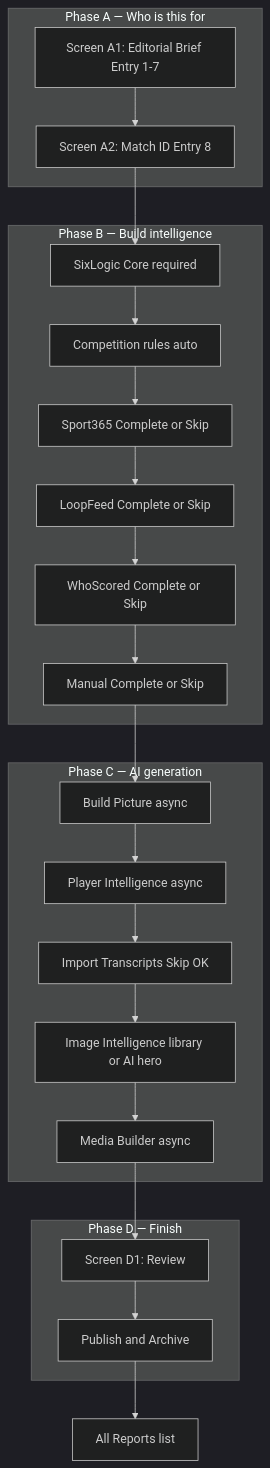
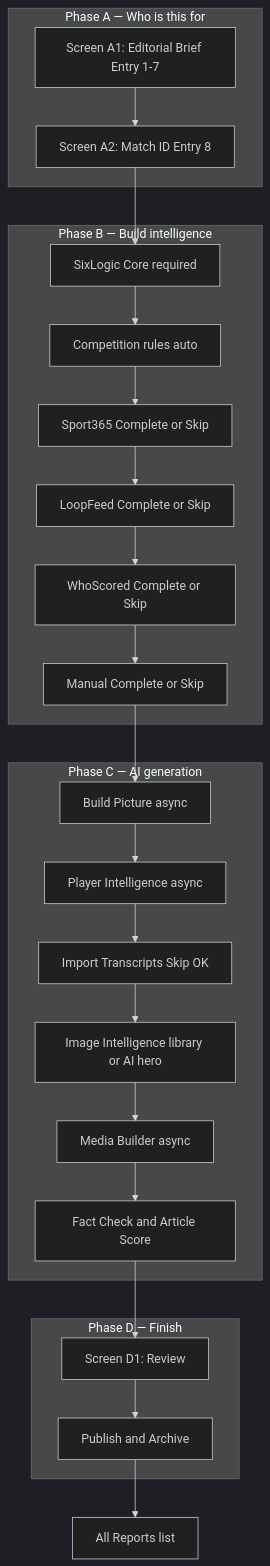
The diagram in docs/match-report-builder-rd-plan.md (BJarrett365/racing365-social), drawn with Mermaid (dark theme) before and after one commit. The commit also changed other lines of this file and 135 other files, not shown here.

````diff
--- a/docs/match-report-builder-rd-plan.md
+++ b/docs/match-report-builder-rd-plan.md
@@ -29,29 +31,30 @@
 ```mermaid
 flowchart TB
   subgraph phaseA [Phase A — Who is this for]
     A1[Screen A1: Editorial Brief Entry 1-7]
     A1 --> A2[Screen A2: Match ID Entry 8]
   end
   subgraph phaseB [Phase B — Build intelligence]
     B0[SixLogic Core required]
     B0b[Competition rules auto]
     B1[Sport365 Complete or Skip]
     B2[LoopFeed Complete or Skip]
     B3[WhoScored Complete or Skip]
     B4[Manual Complete or Skip]
   end
   subgraph phaseC [Phase C — AI generation]
     C1[Build Picture async]
     C2[Player Intelligence async]
     C3[Import Transcripts Skip OK]
     C4[Image Intelligence library or AI hero]
-    C5[Media Builder async]
+  C5[Media Builder async]
+  C6[Fact Check and Article Score]
   end
   subgraph phaseD [Phase D — Finish]
     D1[Screen D1: Review]
     D2[Publish and Archive]
   end
   A2 --> B0 --> B0b --> B1 --> B2 --> B3 --> B4
-  B4 --> C1 --> C2 --> C3 --> C4 --> C5 --> D1 --> D2
+  B4 --> C1 --> C2 --> C3 --> C4 --> C5 --> C6 --> D1 --> D2
   D2 --> AR[All Reports list]
 ```
````
